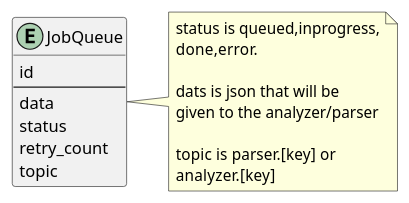
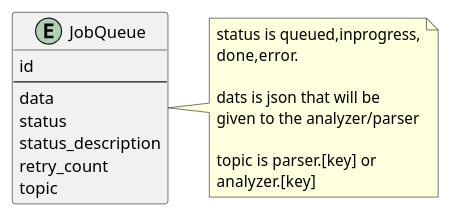
One commit to guardlight/server changed the diagram in docs/diagrams/database/jobqueue.puml. Above: the diagram before and after it, drawn with PlantUML. The commit also changed 43 other files, not shown here.

```diff
--- a/docs/diagrams/database/jobqueue.puml
+++ b/docs/diagrams/database/jobqueue.puml
@@ -1,28 +1,29 @@
 @startuml JobQueue
 
 ' hide the spot
 ' hide circle
 
 ' avoid problems with angled crows feet
 
 entity JobQueue {
     id
     ---
     data
     status
+    status_description
     retry_count
     topic
 }
 
 note right of JobQueue
     status is queued,inprogress,
     done,error.
 
     dats is json that will be
     given to the analyzer/parser
 
     topic is parser.[key] or
     analyzer.[key]
 end note
 
 @enduml
```
